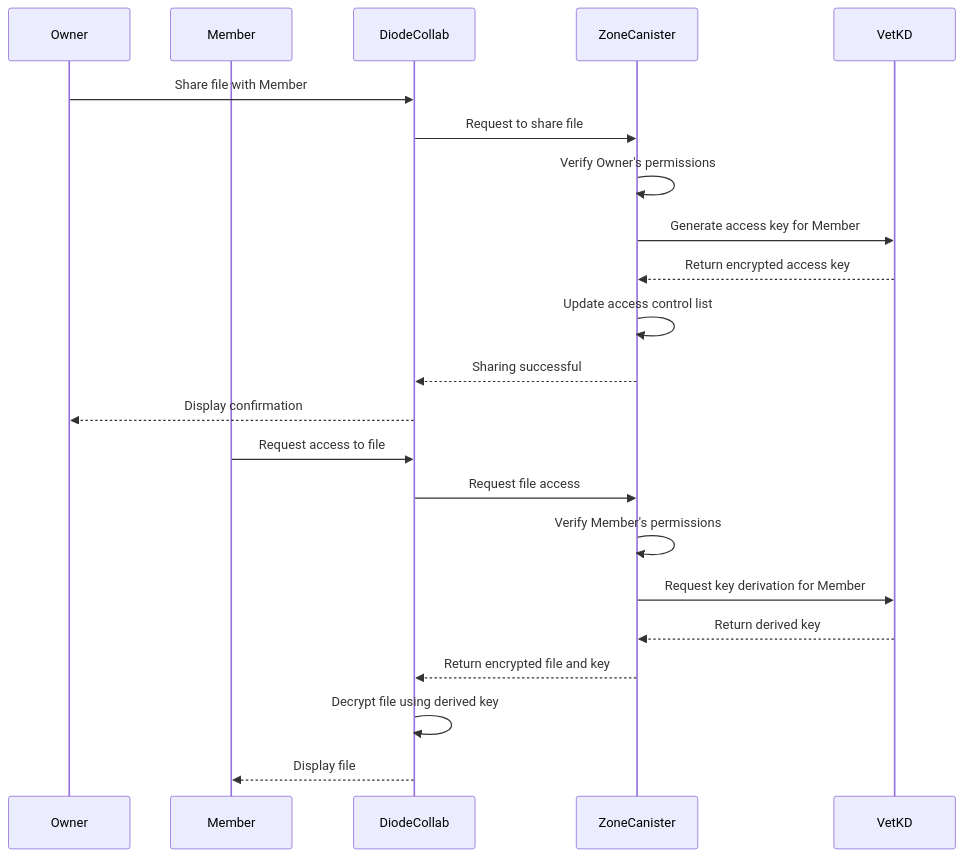
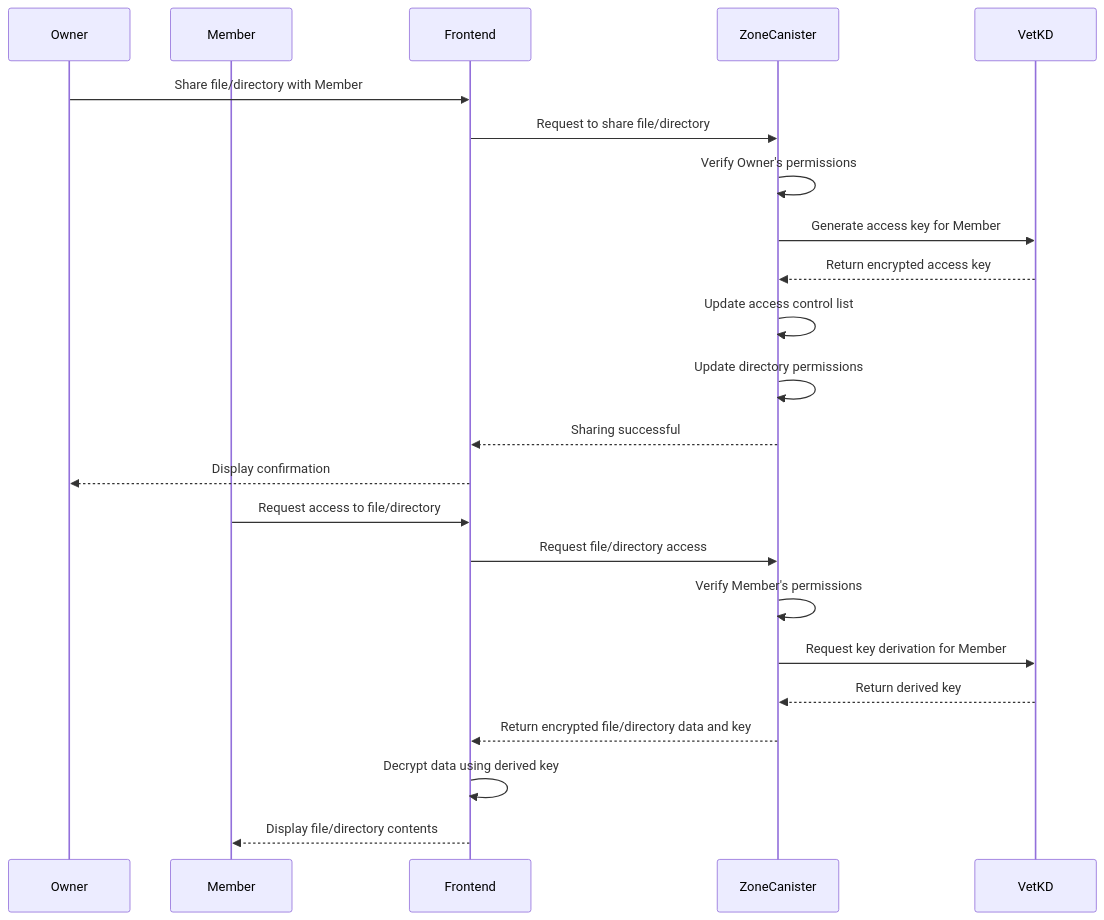
The eighth of 12 diagrams in docs/dfinity_milestones2.md (diodechain/zone_availability_canister), drawn with Mermaid before and after one commit. The commit also changed other lines of this file, not shown here.

````diff
--- a/docs/dfinity_milestones2.md
+++ b/docs/dfinity_milestones2.md
@@ -252,26 +315,27 @@
 ```mermaid
 sequenceDiagram
     participant Owner
     participant Member
-    participant DiodeCollab
+    participant Frontend
     participant ZoneCanister
     participant VetKD
     
-    Owner->>DiodeCollab: Share file with Member
-    DiodeCollab->>ZoneCanister: Request to share file
+    Owner->>Frontend: Share file/directory with Member
+    Frontend->>ZoneCanister: Request to share file/directory
     ZoneCanister->>ZoneCanister: Verify Owner's permissions
     ZoneCanister->>VetKD: Generate access key for Member
     VetKD-->>ZoneCanister: Return encrypted access key
     ZoneCanister->>ZoneCanister: Update access control list
-    ZoneCanister-->>DiodeCollab: Sharing successful
-    DiodeCollab-->>Owner: Display confirmation
+    ZoneCanister->>ZoneCanister: Update directory permissions
+    ZoneCanister-->>Frontend: Sharing successful
+    Frontend-->>Owner: Display confirmation
     
-    Member->>DiodeCollab: Request access to file
-    DiodeCollab->>ZoneCanister: Request file access
+    Member->>Frontend: Request access to file/directory
+    Frontend->>ZoneCanister: Request file/directory access
     ZoneCanister->>ZoneCanister: Verify Member's permissions
     ZoneCanister->>VetKD: Request key derivation for Member
     VetKD-->>ZoneCanister: Return derived key
-    ZoneCanister-->>DiodeCollab: Return encrypted file and key
-    DiodeCollab->>DiodeCollab: Decrypt file using derived key
-    DiodeCollab-->>Member: Display file
+    ZoneCanister-->>Frontend: Return encrypted file/directory data and key
+    Frontend->>Frontend: Decrypt data using derived key
+    Frontend-->>Member: Display file/directory contents
 ```
````
